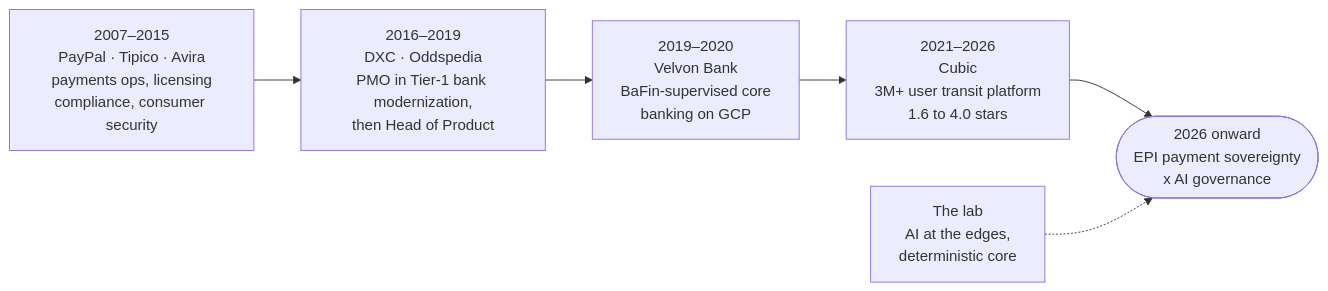
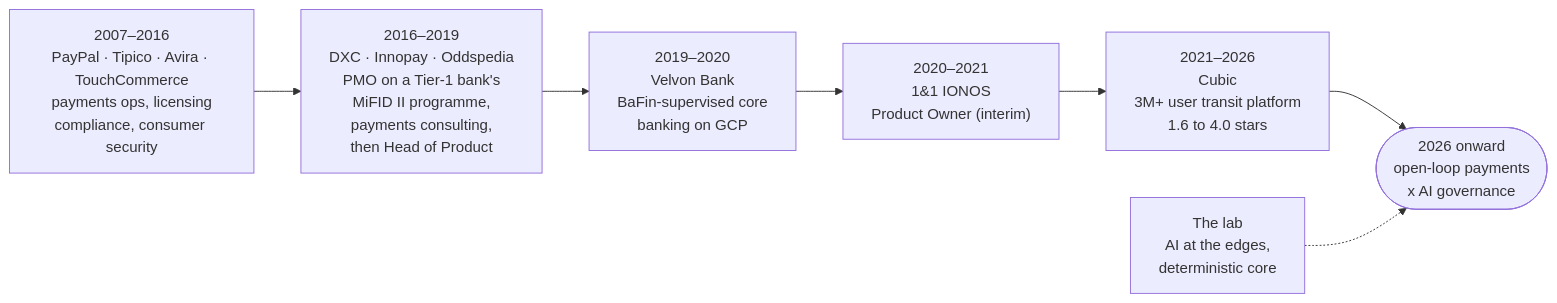
Before and after one commit to maurice-jobst/maurice-jobst: the diagram in README.md, drawn with Mermaid. The commit also changed other lines of this file and 4 other files, not shown here.

Commit message:
profile: vita surface-sync, TouchCommerce, IONOS, Innopay, DXC (Refs #373)

````diff
--- a/README.md
+++ b/README.md
@@ -37,12 +37,13 @@
 ```mermaid
 flowchart LR
-    A["2007–2015<br/>PayPal · Tipico · Avira<br/>payments ops, licensing<br/>compliance, consumer security"]
-    B["2016–2019<br/>DXC · Oddspedia<br/>PMO in Tier-1 bank modernization,<br/>then Head of Product"]
+    A["2007–2016<br/>PayPal · Tipico · Avira · TouchCommerce<br/>payments ops, licensing<br/>compliance, consumer security"]
+    B["2016–2019<br/>DXC · Innopay · Oddspedia<br/>PMO on a Tier-1 bank's<br/>MiFID II programme,<br/>payments consulting,<br/>then Head of Product"]
     C["2019–2020<br/>Velvon Bank<br/>BaFin-supervised core<br/>banking on GCP"]
+    F["2020–2021<br/>1&1 IONOS<br/>Product Owner (interim)"]
     D["2021–2026<br/>Cubic<br/>3M+ user transit platform<br/>1.6 to 4.0 stars"]
-    E(["2026 onward<br/>EPI payment sovereignty<br/>x AI governance"])
+    E(["2026 onward<br/>open-loop payments<br/>x AI governance"])
     L["The lab<br/>AI at the edges,<br/>deterministic core"]
 
-    A --> B --> C --> D --> E
+    A --> B --> C --> F --> D --> E
     L -.-> E
 ```
````
